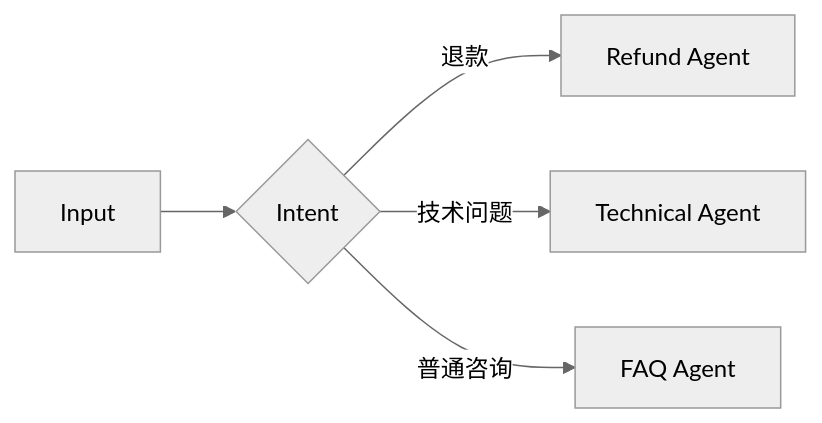
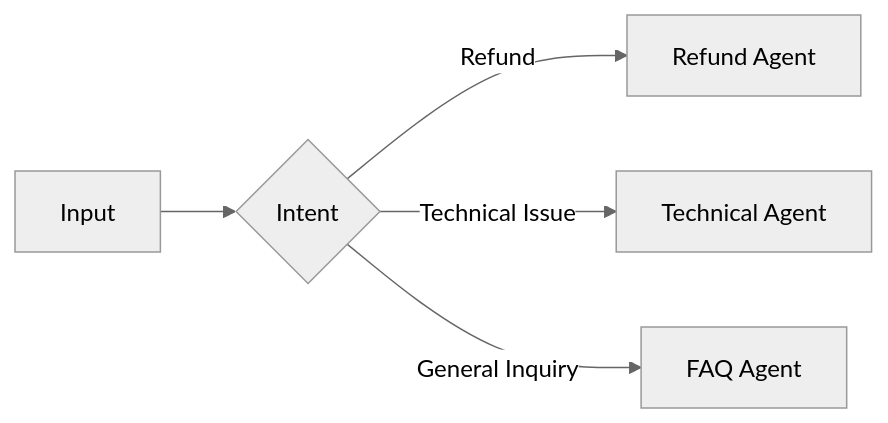
One commit to oneleaveknowsthefall/awesome-ai-roadmap changed diagram 11 of 24 in docs/agent/04-multi-agent/13-multi-agent-coordination.md. Above: the diagram before and after it, drawn with Mermaid (neutral theme). The commit also changed other lines of this file and 68 other files, not shown here.

````diff
--- a/docs/agent/04-multi-agent/13-multi-agent-coordination.md
+++ b/docs/agent/04-multi-agent/13-multi-agent-coordination.md
@@ -610,7 +612,7 @@
 ```mermaid
 flowchart LR
     I[Input] --> R{Intent}
-    R -->|退款| REF[Refund Agent]
-    R -->|技术问题| TECH[Technical Agent]
-    R -->|普通咨询| FAQ[FAQ Agent]
+    R -->|Refund| REF[Refund Agent]
+    R -->|Technical Issue| TECH[Technical Agent]
+    R -->|General Inquiry| FAQ[FAQ Agent]
 ```
````
